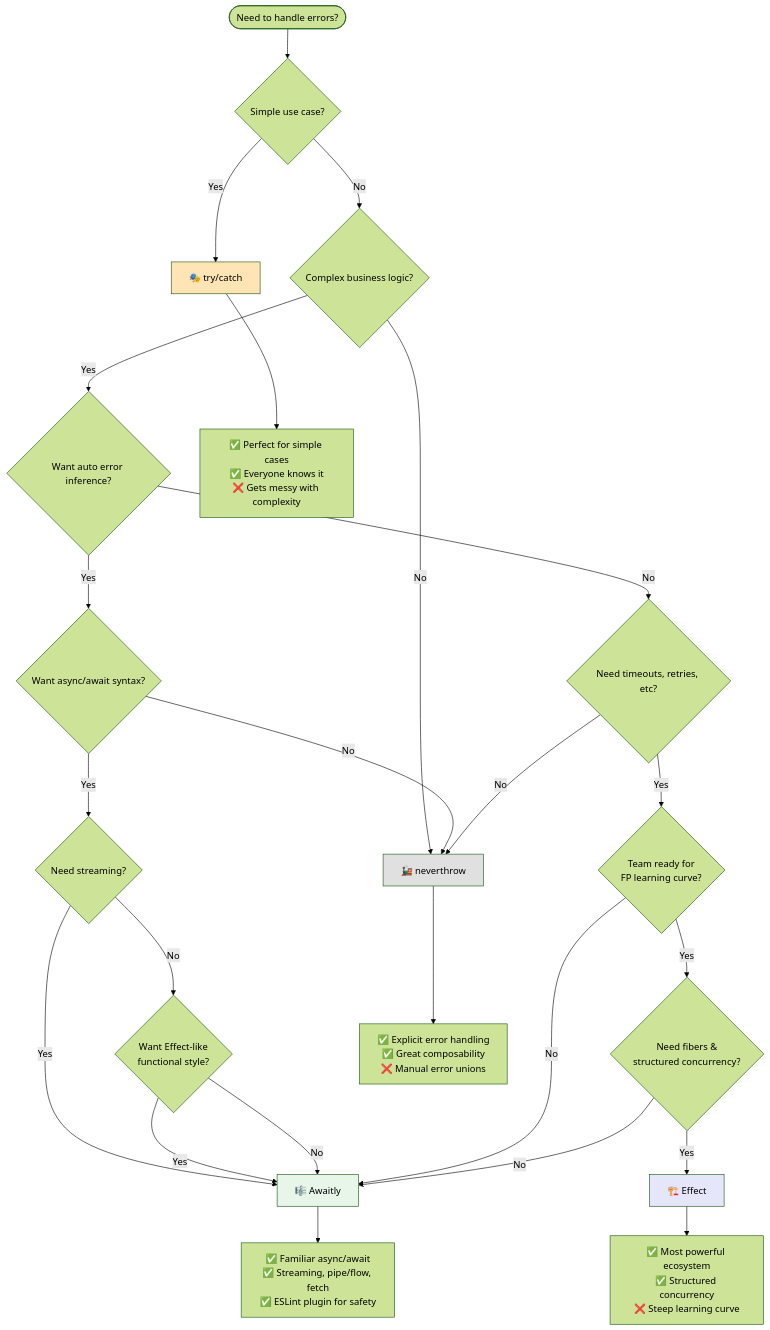
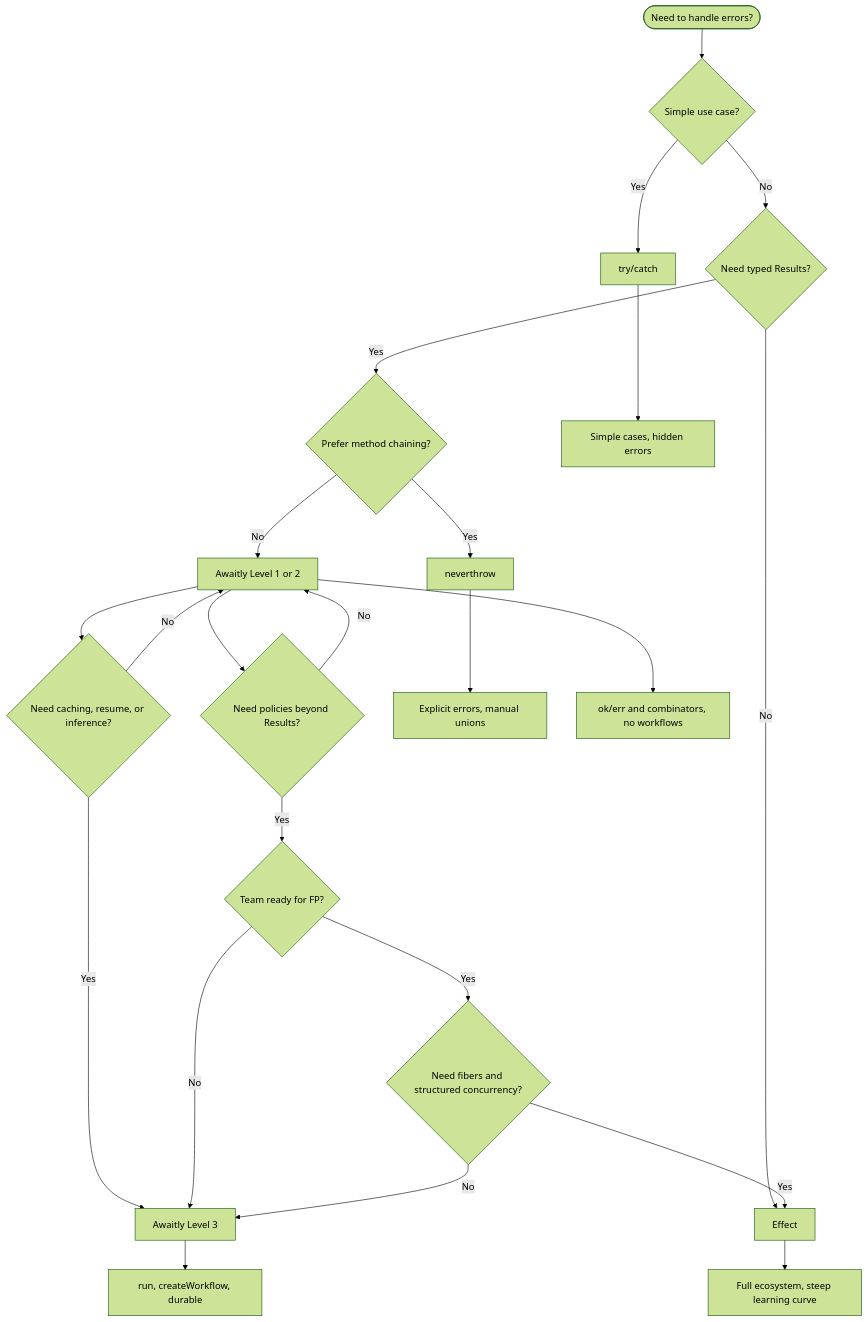
Before and after one commit to jagreehal/trycatch-vs-neverthrow-vs-effect: the tenth of 10 diagrams in README.md, drawn with Mermaid (forest theme). The commit also changed other lines of this file and 32 other files, not shown here.

````diff
--- a/README.md
+++ b/README.md
@@ -819,44 +891,37 @@
 ```mermaid
 flowchart TD
     Start([Need to handle errors?]) --> Simple{Simple use case?}
 
-    Simple -->|Yes| TryCatch[🎭 try/catch]
-    Simple -->|No| Complex{Complex business logic?}
+    Simple -->|Yes| TryCatch[try/catch]
+    Simple -->|No| NeedResults{Need typed Results?}
 
-    Complex -->|Yes| WantAutoInference{Want auto error inference?}
-    Complex -->|No| Neverthrow[🚂 neverthrow]
+    NeedResults -->|Yes| PreferChains{Prefer method chaining?}
+    NeedResults -->|No| Effect[Effect]
 
-    WantAutoInference -->|Yes| FamiliarSyntax{Want async/await syntax?}
-    WantAutoInference -->|No| NeedsPolicies{Need timeouts, retries, etc?}
+    PreferChains -->|Yes| Neverthrow[neverthrow]
+    PreferChains -->|No| AwaitlyL1[Awaitly Level 1 or 2]
 
-    FamiliarSyntax -->|Yes| NeedStreaming{Need streaming?}
-    FamiliarSyntax -->|No| Neverthrow
+    AwaitlyL1 --> NeedOrchestration{Need caching, resume, or inference?}
+    NeedOrchestration -->|Yes| AwaitlyL3[Awaitly Level 3]
+    NeedOrchestration -->|No| AwaitlyL1
 
-    NeedStreaming -->|Yes| awaitly[🎼 Awaitly]
-    NeedStreaming -->|No| WantFunctional{Want Effect-like<br/>functional style?}
+    AwaitlyL1 --> NeedPolicies{Need policies beyond Results?}
+    NeedPolicies -->|Yes| TeamReady{Team ready for FP?}
+    NeedPolicies -->|No| AwaitlyL1
 
-    WantFunctional -->|Yes| awaitly
-    WantFunctional -->|No| awaitly
+    TeamReady -->|Yes| NeedFibers{Need fibers and structured concurrency?}
+    TeamReady -->|No| AwaitlyL3
 
-    NeedsPolicies -->|Yes| TeamReady{Team ready for<br/>FP learning curve?}
-    NeedsPolicies -->|No| Neverthrow
+    NeedFibers -->|Yes| Effect
+    NeedFibers -->|No| AwaitlyL3
 
-    TeamReady -->|Yes| NeedFibers{Need fibers &<br/>structured concurrency?}
-    TeamReady -->|No| awaitly
+    TryCatch --> TryCatchGood["Simple cases, hidden errors"]
 
-    NeedFibers -->|Yes| Effect[🏗️ Effect]
-    NeedFibers -->|No| awaitly
+    Neverthrow --> NeverthrowGood["Explicit errors, manual unions"]
 
-    TryCatch --> TryCatchGood[✅ Perfect for simple cases<br/>✅ Everyone knows it<br/>❌ Gets messy with complexity]
+    AwaitlyL1 --> AwaitlyL1Good["ok/err and combinators, no workflows"]
 
-    Neverthrow --> NeverthrowGood[✅ Explicit error handling<br/>✅ Great composability<br/>❌ Manual error unions]
+    AwaitlyL3 --> AwaitlyL3Good["run, createWorkflow, durable"]
 
-    awaitly --> awaitlyGood[✅ Familiar async/await<br/>✅ Streaming, pipe/flow, fetch<br/>✅ ESLint plugin for safety]
-
-    Effect --> EffectGood[✅ Most powerful ecosystem<br/>✅ Structured concurrency<br/>❌ Steep learning curve]
-
-    style TryCatch fill:#FFE4B5
-    style Neverthrow fill:#E0E0E0
-    style awaitly fill:#E8F5E9
-    style Effect fill:#E6E6FA
+    Effect --> EffectGood["Full ecosystem, steep learning curve"]
 ```
````
